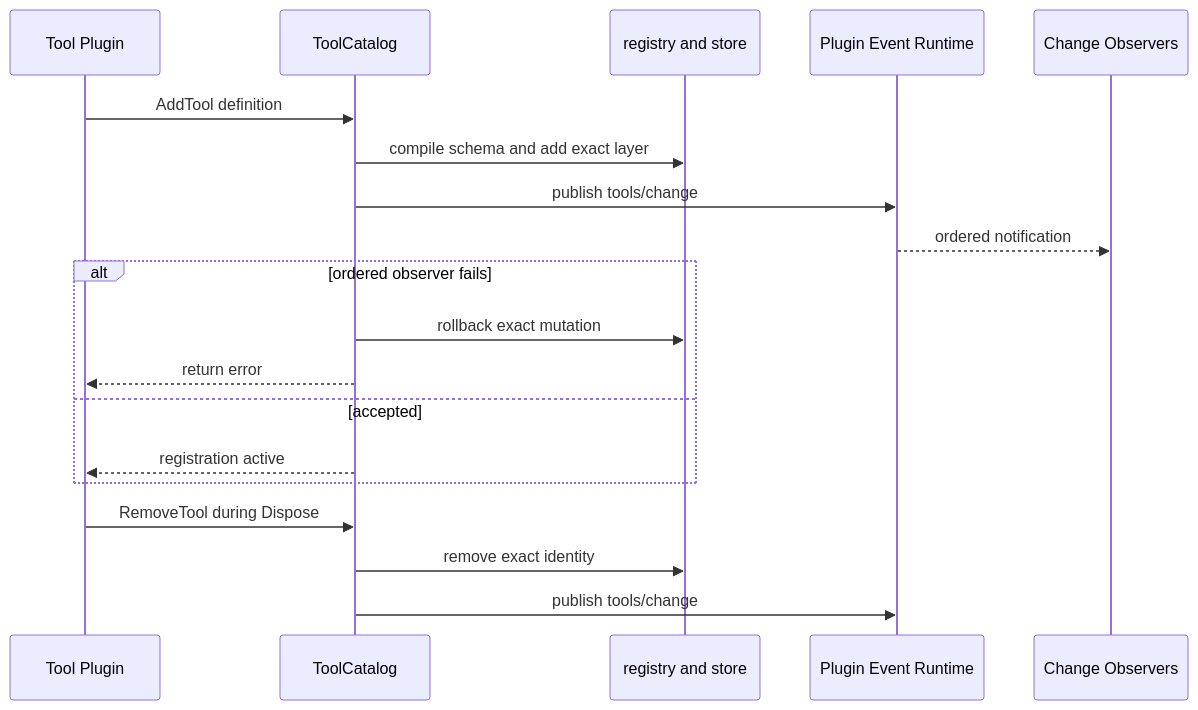
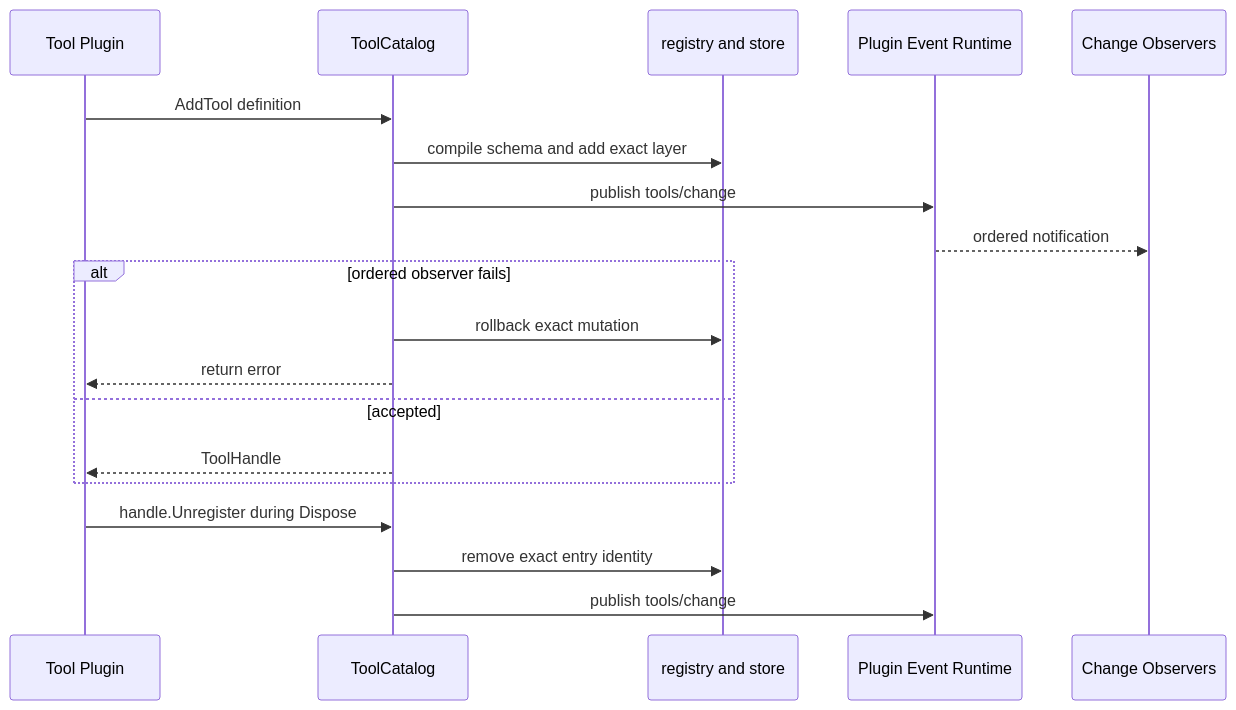
Before and after one commit to gorenx/goren: the second of 3 diagrams in tools/README.zh-CN.md, drawn with Mermaid. The commit also changed other lines of this file and 16 other files, not shown here.

Commit message:
docs: align plugin runtime architecture

````diff
--- a/tools/README.zh-CN.md
+++ b/tools/README.zh-CN.md
@@ -76,22 +76,22 @@
 ```mermaid
 sequenceDiagram
     participant P as Tool Plugin
     participant T as ToolCatalog
     participant R as registry and store
     participant E as Plugin Event Runtime
     participant O as Change Observers
 
     P->>T: AddTool definition
     T->>R: compile schema and add exact layer
     T->>E: publish tools/change
     E-->>O: ordered notification
     alt ordered observer fails
         T->>R: rollback exact mutation
         T-->>P: return error
     else accepted
-        T-->>P: registration active
+    T-->>P: ToolHandle
     end
-    P->>T: RemoveTool during Dispose
-    T->>R: remove exact identity
+    P->>T: handle.Unregister during Dispose
+    T->>R: remove exact entry identity
     T->>E: publish tools/change
 ```
````
